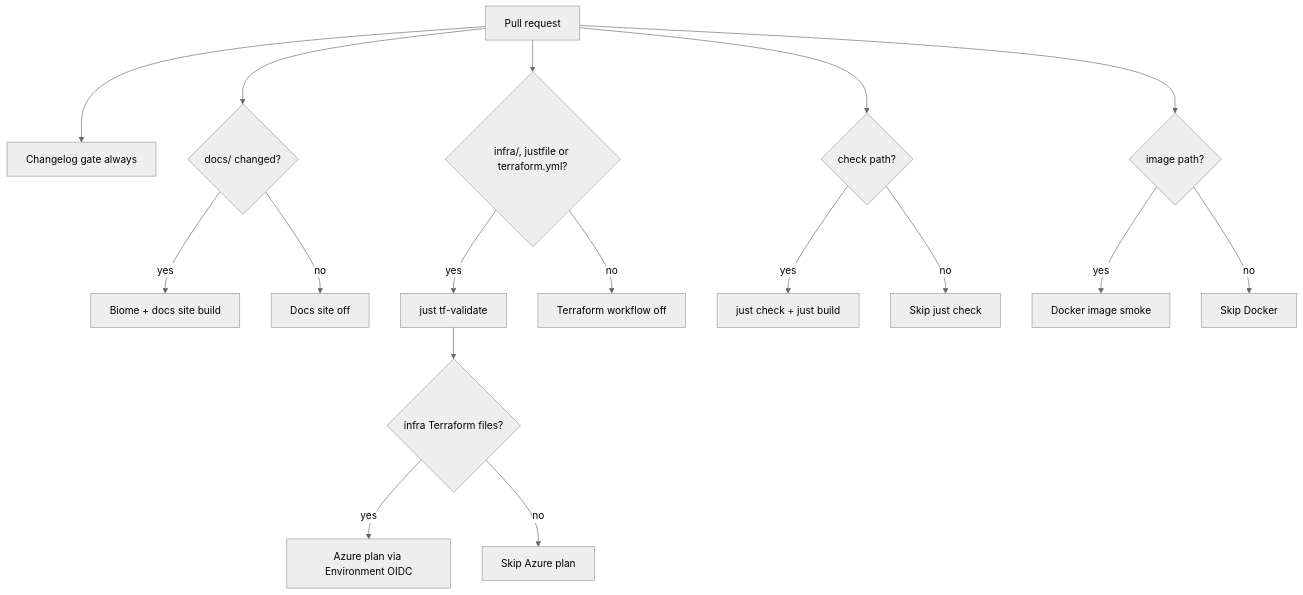
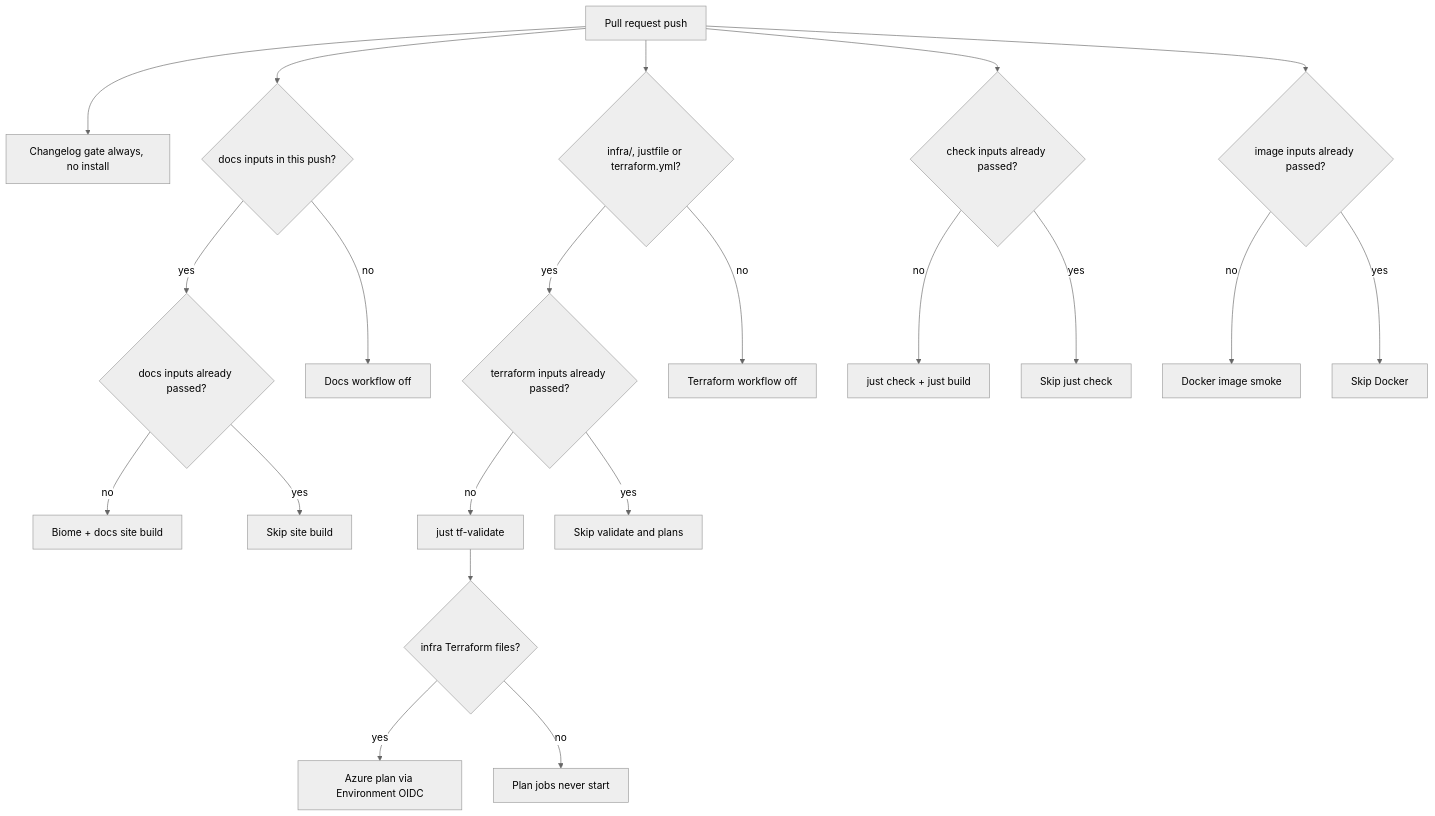
Before and after one commit to pixelbar/pixel: the first of 3 diagrams in docs/runbook.md, drawn with Mermaid (neutral theme). The commit also changed other lines of this file and 14 other files, not shown here.

First line of the commit message:
Skip CI jobs whose exact inputs already passed

````diff
--- a/docs/runbook.md
+++ b/docs/runbook.md
@@ -459,20 +463,24 @@
 ```mermaid
 flowchart TD
-  pr[Pull request]
-  pr --> clog[Changelog gate always]
-  pr --> docs{"docs/ changed?"}
-  docs -->|yes| site[Biome + docs site build]
-  docs -->|no| nosite[Docs site off]
+  pr[Pull request push]
+  pr --> clog[Changelog gate always, no install]
+  pr --> docs{"docs inputs in this push?"}
+  docs -->|yes| docsp{"docs inputs already passed?"}
+  docsp -->|no| site[Biome + docs site build]
+  docsp -->|yes| nosite[Skip site build]
+  docs -->|no| nodocs[Docs workflow off]
   pr --> tf{"infra/, justfile or terraform.yml?"}
-  tf -->|yes| tfval[just tf-validate]
+  tf -->|yes| tfp{"terraform inputs already passed?"}
+  tfp -->|no| tfval[just tf-validate]
   tfval --> tffiles{"infra Terraform files?"}
   tffiles -->|yes| azplan[Azure plan via Environment OIDC]
-  tffiles -->|no| noaz[Skip Azure plan]
+  tffiles -->|no| noaz[Plan jobs never start]
+  tfp -->|yes| notfrun[Skip validate and plans]
   tf -->|no| notf[Terraform workflow off]
-  pr --> checkp{"check path?"}
-  checkp -->|yes| check["just check + just build"]
-  checkp -->|no| nocheck[Skip just check]
-  pr --> imagep{"image path?"}
-  imagep -->|yes| docker[Docker image smoke]
-  imagep -->|no| nodocker[Skip Docker]
+  pr --> checkp{"check inputs already passed?"}
+  checkp -->|no| check["just check + just build"]
+  checkp -->|yes| nocheck[Skip just check]
+  pr --> imagep{"image inputs already passed?"}
+  imagep -->|no| docker[Docker image smoke]
+  imagep -->|yes| nodocker[Skip Docker]
 ```
````
